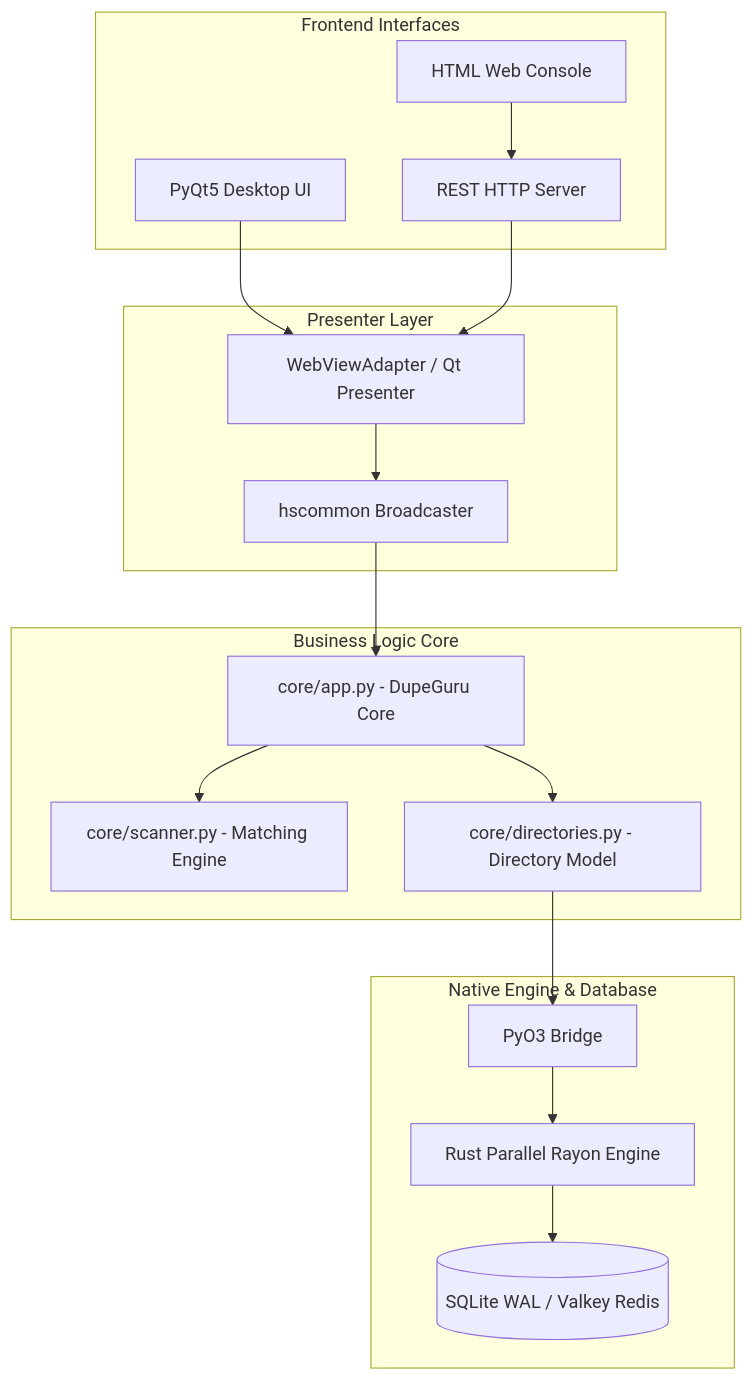
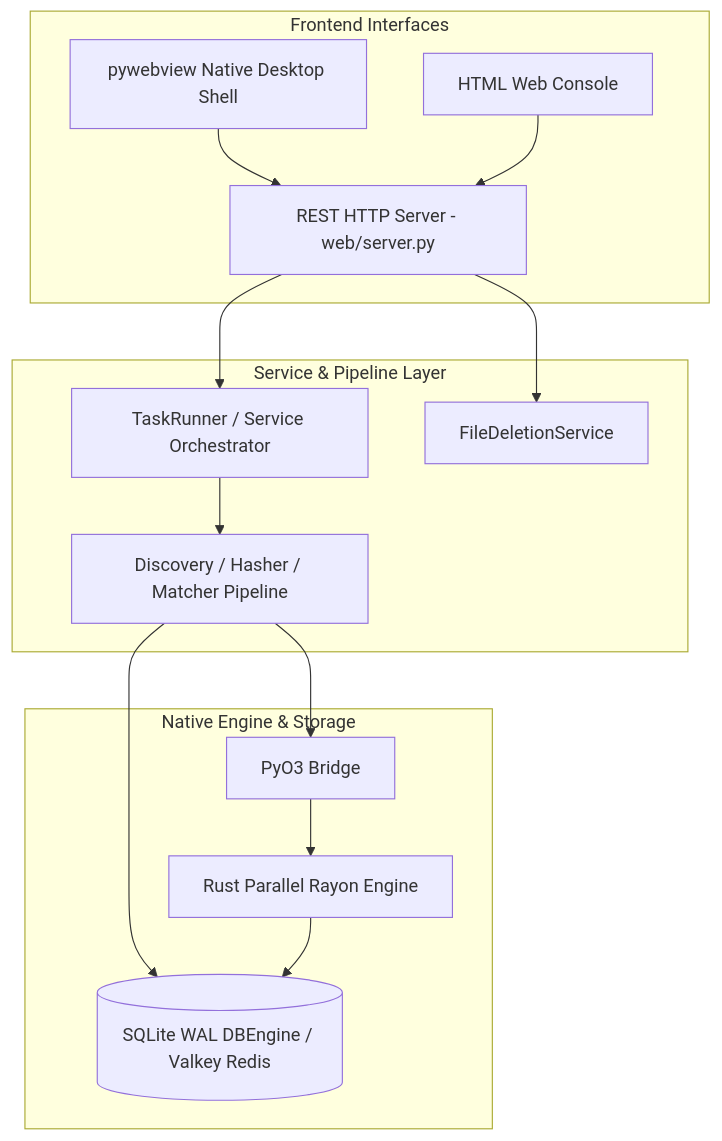
One commit to arsenetar/dupeguru changed the diagram in docs/developer_guide/architecture.md. Above: the diagram before and after it, drawn with Mermaid. The commit also changed other lines of this file and 5 other files, not shown here.

Commit message:
docs: update guides and README to reflect pywebview native desktop shell and remove PyQt5

````diff
--- a/docs/developer_guide/architecture.md
+++ b/docs/developer_guide/architecture.md
@@ -9,36 +9,30 @@
 ```mermaid
 graph TD
     subgraph Frontend Interfaces
-        QtUI[PyQt5 Desktop UI]
+        DesktopShell[pywebview Native Desktop Shell]
         WebConsole[HTML Web Console]
-        RESTServer[REST HTTP Server]
+        RESTServer[REST HTTP Server - web/server.py]
     end
 
-    subgraph Presenter Layer
-        Adapter[WebViewAdapter / Qt Presenter]
-        Broadcaster[hscommon Broadcaster]
+    subgraph Service & Pipeline Layer
+        TaskRunner[TaskRunner / Service Orchestrator]
+        Pipeline[Discovery / Hasher / Matcher Pipeline]
+        DeletionService[FileDeletionService]
     end
 
-    subgraph Business Logic Core
-        App[core/app.py - DupeGuru Core]
-        Scanner[core/scanner.py - Matching Engine]
-        DirTree[core/directories.py - Directory Model]
+    subgraph Native Engine & Storage
+        PyO3[PyO3 Bridge]
+        RustEngine[Rust Parallel Rayon Engine]
+        CacheDB[(SQLite WAL DBEngine / Valkey Redis)]
     end
 
-    subgraph Native Engine & Database
-        PyO3[PyO3 Bridge]
-        RustEngine[Rust Parallel Rayon Engine]
-        CacheDB[(SQLite WAL / Valkey Redis)]
-    end
-
-    QtUI --> Adapter
+    DesktopShell --> RESTServer
     WebConsole --> RESTServer
-    RESTServer --> Adapter
-    Adapter --> Broadcaster
-    Broadcaster --> App
-    App --> Scanner
-    App --> DirTree
-    DirTree --> PyO3
+    RESTServer --> TaskRunner
+    RESTServer --> DeletionService
+    TaskRunner --> Pipeline
+    Pipeline --> PyO3
+    Pipeline --> CacheDB
     PyO3 --> RustEngine
     RustEngine --> CacheDB
 ```
````
